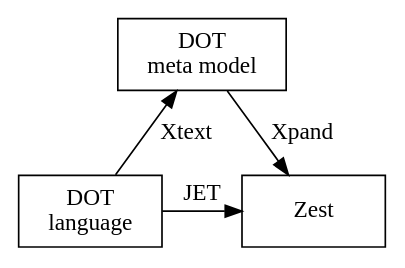
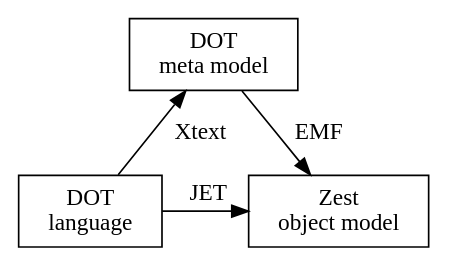
One commit to eclipse/gef-classic changed the diagram in org.eclipse.zest.dot.ui/Graphviz_DOT_as_a_DSL_for_Zest/images/DotZestOverview.dot. Above: the diagram before and after it, drawn with Graphviz. The commit also changed 13 other files, not shown here.

```diff
--- a/org.eclipse.zest.dot.ui/Graphviz_DOT_as_a_DSL_for_Zest/images/DotZestOverview.dot
+++ b/org.eclipse.zest.dot.ui/Graphviz_DOT_as_a_DSL_for_Zest/images/DotZestOverview.dot
@@ -1,17 +1,17 @@
 /*******************************************************************************
  * Copyright (c) 2010 Fabian Steeg. All rights reserved. This program and the
  * accompanying materials are made available under the terms of the Eclipse
  * Public License v1.0 which accompanies this distribution, and is available at
  * http://www.eclipse.org/legal/epl-v10.html
  * <p/>
  * Contributors: Fabian Steeg - initial API and implementation; see bug 277380
  *******************************************************************************/
 digraph Overview {
     node[shape=box width="1.2" height="0.6"]
     dotlang[label="DOT\nlanguage"]
     dotmm[label="DOT\nmeta model"]
-    zest[label="Zest"]
-    dotmm -> dotlang [label="Xtext" dir="back"]
-    dotmm -> zest [label="Xpand"]
-    zest -> dotlang[label=" JET" dir="back" constraint="false"]    
+    zest[label="Zest\nobject model"]
+    dotmm -> dotlang [label=" Xtext " dir="back"]
+    dotmm -> zest [label=" EMF "]
+    zest -> dotlang[label="  JET" dir="back" constraint="false"]    
 }
```
